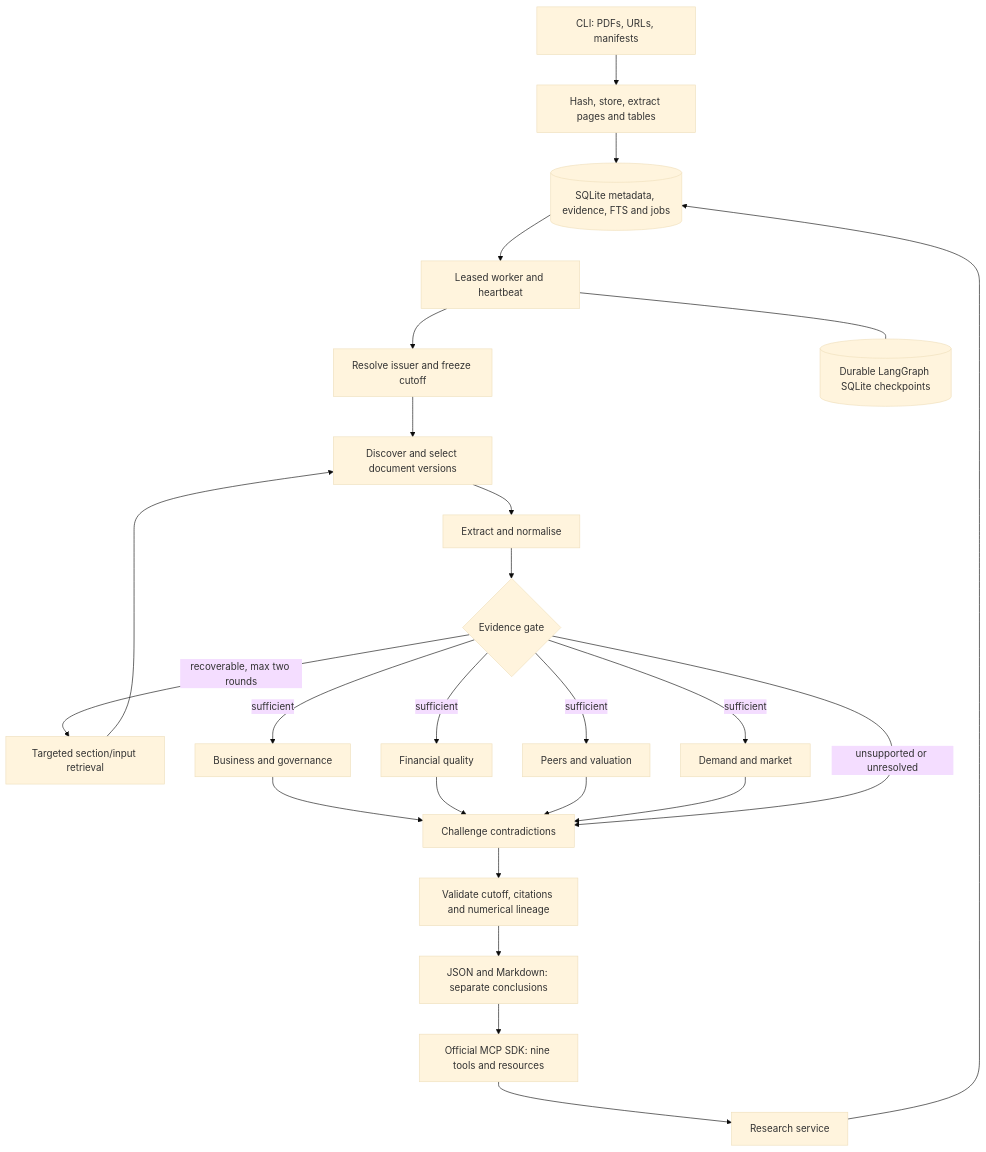
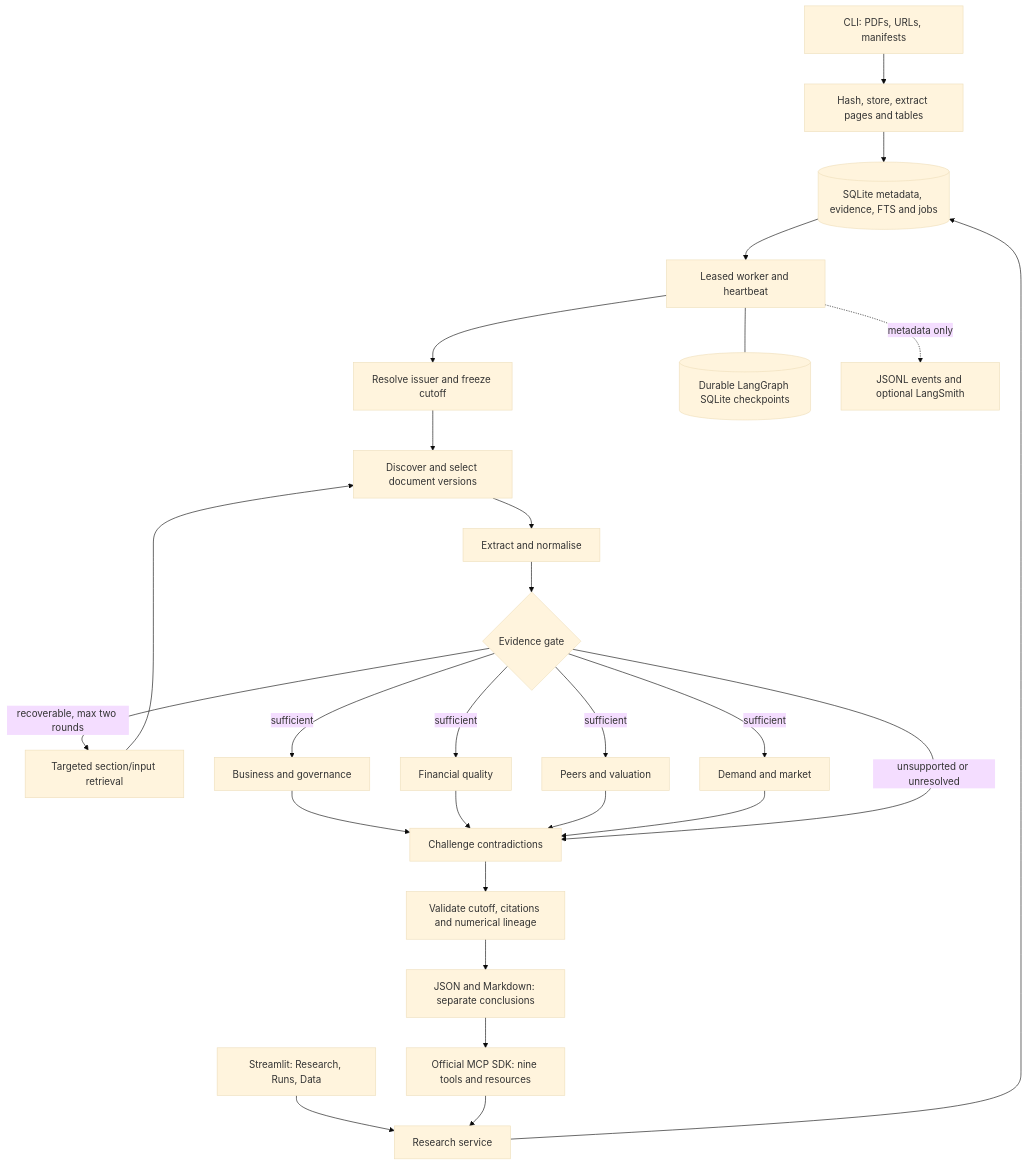
The diagram in README.md (lokranjanp/MFetOS), drawn with Mermaid (base theme) before and after one commit. The commit also changed other lines of this file and 30 other files, not shown here.

````diff
--- a/README.md
+++ b/README.md
@@ -133,24 +176,26 @@
 ```mermaid
 flowchart TD
     CLI[CLI: PDFs, URLs, manifests] --> ING[Hash, store, extract pages and tables]
+    UI[Streamlit: Research, Runs, Data] --> SVC
     MCP[Official MCP SDK: nine tools and resources] --> SVC[Research service]
     ING --> DB[(SQLite metadata, evidence, FTS and jobs)]
     SVC --> DB
     DB --> WORK[Leased worker and heartbeat]
     WORK --> RES[Resolve issuer and freeze cutoff]
     RES --> DOC[Discover and select document versions]
     DOC --> EXT[Extract and normalise]
     EXT --> GATE{Evidence gate}
     GATE -->|recoverable, max two rounds| GAP[Targeted section/input retrieval]
     GAP --> DOC
     GATE -->|sufficient| B[Business and governance]
     GATE -->|sufficient| F[Financial quality]
     GATE -->|sufficient| V[Peers and valuation]
     GATE -->|sufficient| D[Demand and market]
     B & F & V & D --> JOIN[Challenge contradictions]
     GATE -->|unsupported or unresolved| JOIN
     JOIN --> VAL[Validate cutoff, citations and numerical lineage]
     VAL --> REPORT[JSON and Markdown: separate conclusions]
     REPORT --> MCP
     WORK --- CP[(Durable LangGraph SQLite checkpoints)]
+    WORK -. metadata only .-> OBS[JSONL events and optional LangSmith]
 ```
````
